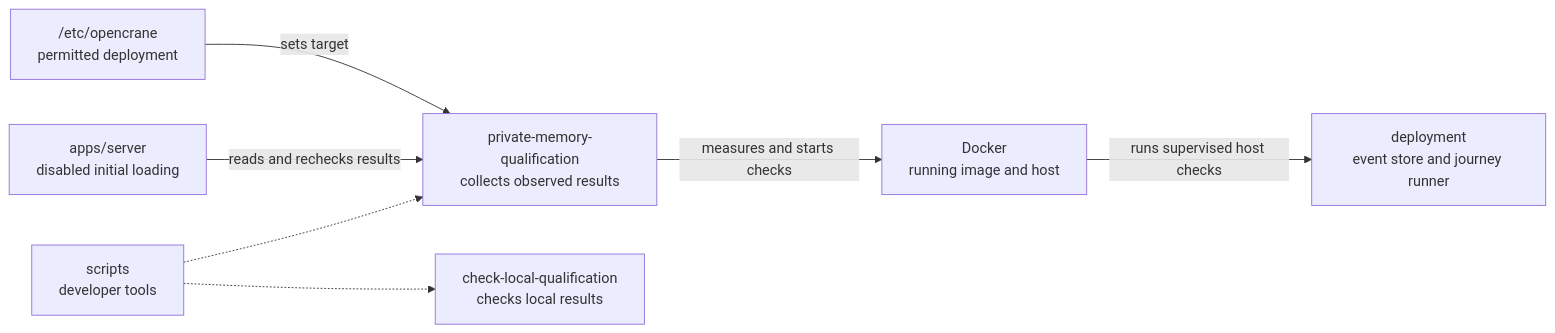
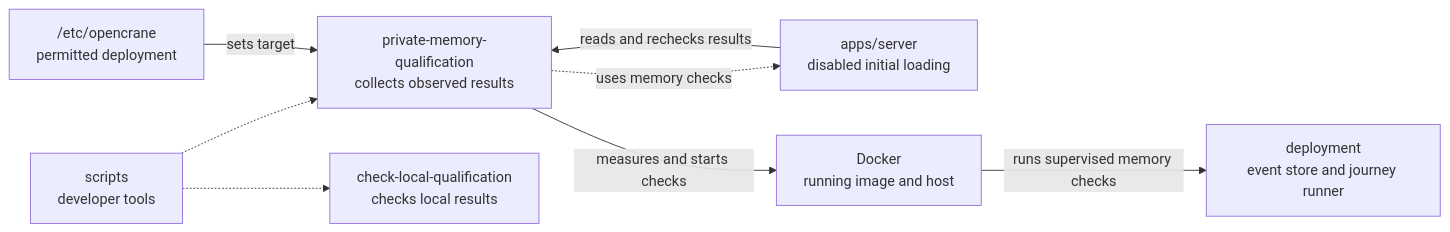
One commit to elewa-git/opencrane-new changed the diagram in scripts/private-memory-qualification/README.md. Above: the diagram before and after it, drawn with Mermaid. The commit also changed other lines of this file and 20 other files, not shown here.

First line of the commit message:
🧠 The packaged qualification runner runs the memory invalidation and unrelated-fact checks itself (#841)

````diff
--- a/scripts/private-memory-qualification/README.md
+++ b/scripts/private-memory-qualification/README.md
@@ -15,9 +16,10 @@
 ```mermaid
 flowchart LR
   scripts["scripts<br/>developer tools"] -.-> collector["private-memory-qualification<br/>collects observed results"]
   scripts -.-> sibling["check-local-qualification<br/>checks local results"]
   server["apps/server<br/>disabled initial loading"] -->|reads and rechecks results| collector
+  collector -.->|uses memory checks| server
   config["/etc/opencrane<br/>permitted deployment"] -->|sets target| collector
   collector -->|measures and starts checks| docker["Docker<br/>running image and host"]
-  docker -->|runs supervised host checks| deployment["deployment<br/>event store and journey runner"]
+  docker -->|runs supervised memory checks| deployment["deployment<br/>event store and journey runner"]
 ```
````
